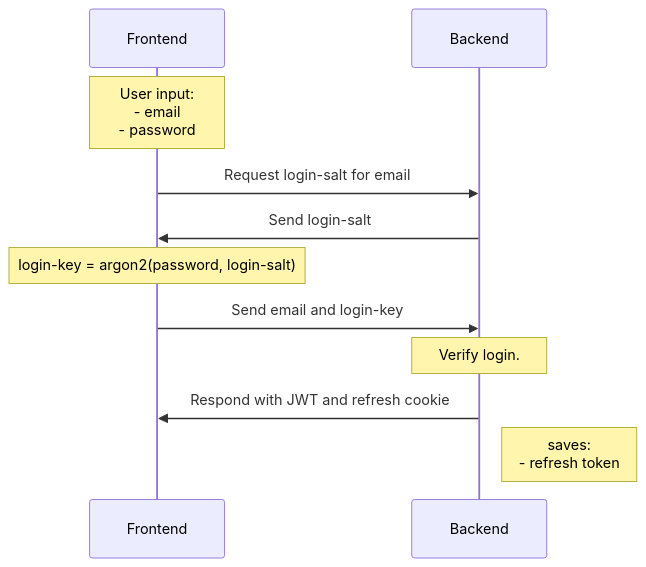
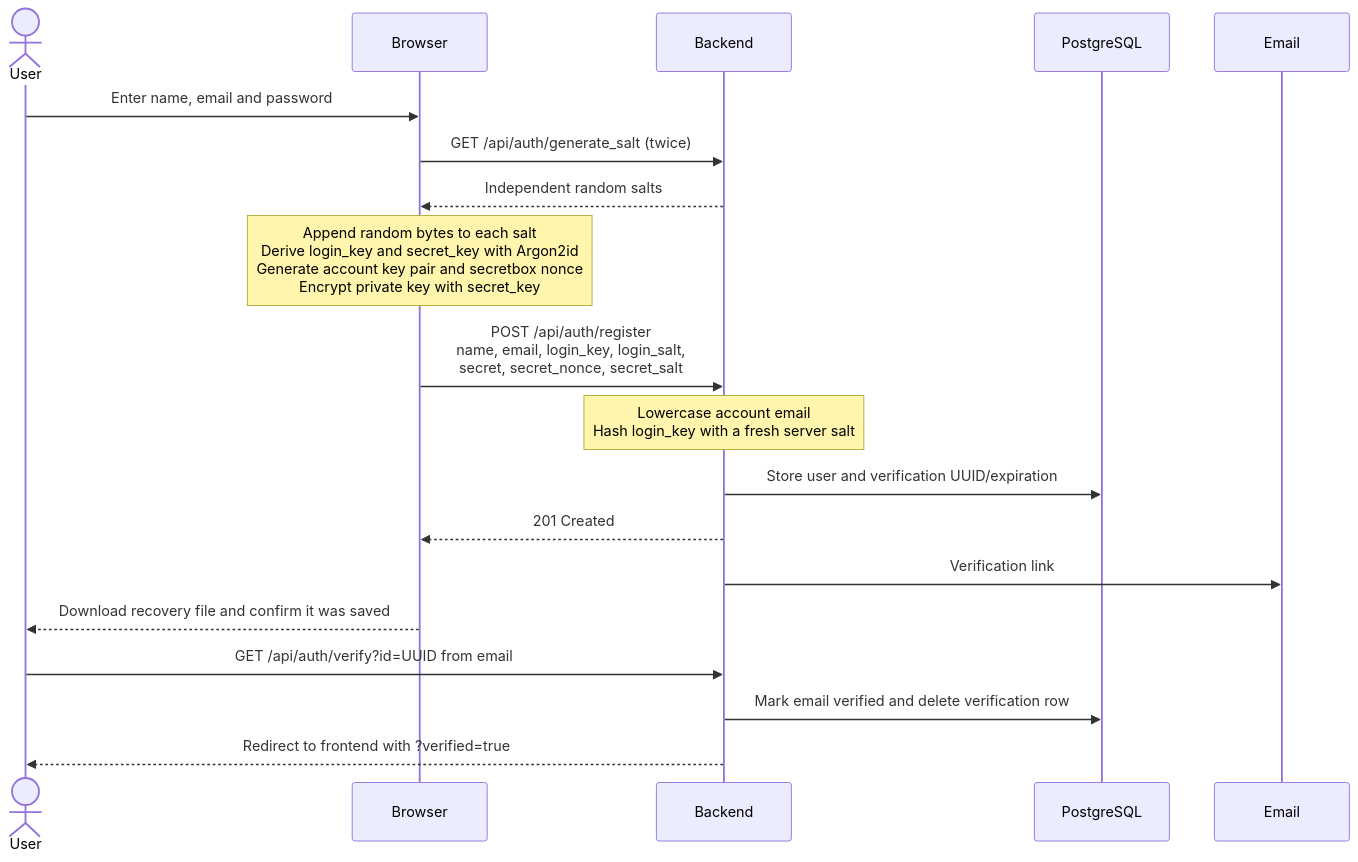
The first of 9 diagrams in sequence.md (Tinkerforge/esp32-remote-access), drawn with Mermaid before and after one commit. The commit also changed other lines of this file and 30 other files, not shown here.

````diff
--- a/sequence.md
+++ b/sequence.md
@@ -51,14 +16,21 @@
 ```mermaid
 sequenceDiagram
-    Note over Frontend: User input: <br> - email <br> - password
-
-    Frontend->>Backend: Request login-salt for email
-    Backend->>Frontend: Send  login-salt
-
-    Note over Frontend: login-key = argon2(password, login-salt)
-
-    Frontend->>Backend: Send email and login-key
-    Note over Backend: Verify login.
-    Backend->>Frontend: Respond with JWT and refresh cookie
-    Note right of Backend: saves: <br> - refresh token
+    actor User
+    participant Browser
+    participant Backend
+    participant DB as PostgreSQL
+    participant Mail as Email
+    User->>Browser: Enter name, email and password
+    Browser->>Backend: GET /api/auth/generate_salt (twice)
+    Backend-->>Browser: Independent random salts
+    Note over Browser: Append random bytes to each salt<br/>Derive login_key and secret_key with Argon2id<br/>Generate account key pair and secretbox nonce<br/>Encrypt private key with secret_key
+    Browser->>Backend: POST /api/auth/register<br/>name, email, login_key, login_salt,<br/>secret, secret_nonce, secret_salt
+    Note over Backend: Lowercase account email<br/>Hash login_key with a fresh server salt
+    Backend->>DB: Store user and verification UUID/expiration
+    Backend-->>Browser: 201 Created
+    Backend->>Mail: Verification link
+    Browser-->>User: Download recovery file and confirm it was saved
+    User->>Backend: GET /api/auth/verify?id=UUID from email
+    Backend->>DB: Mark email verified and delete verification row
+    Backend-->>User: Redirect to frontend with ?verified=true
 ```
````
